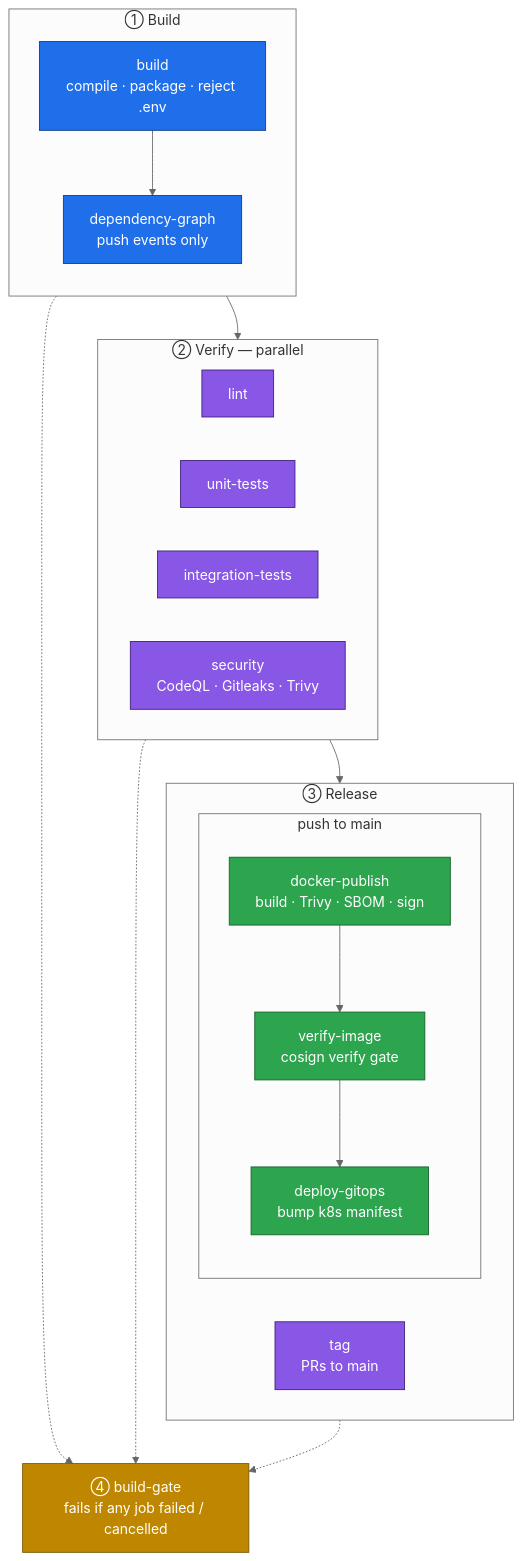
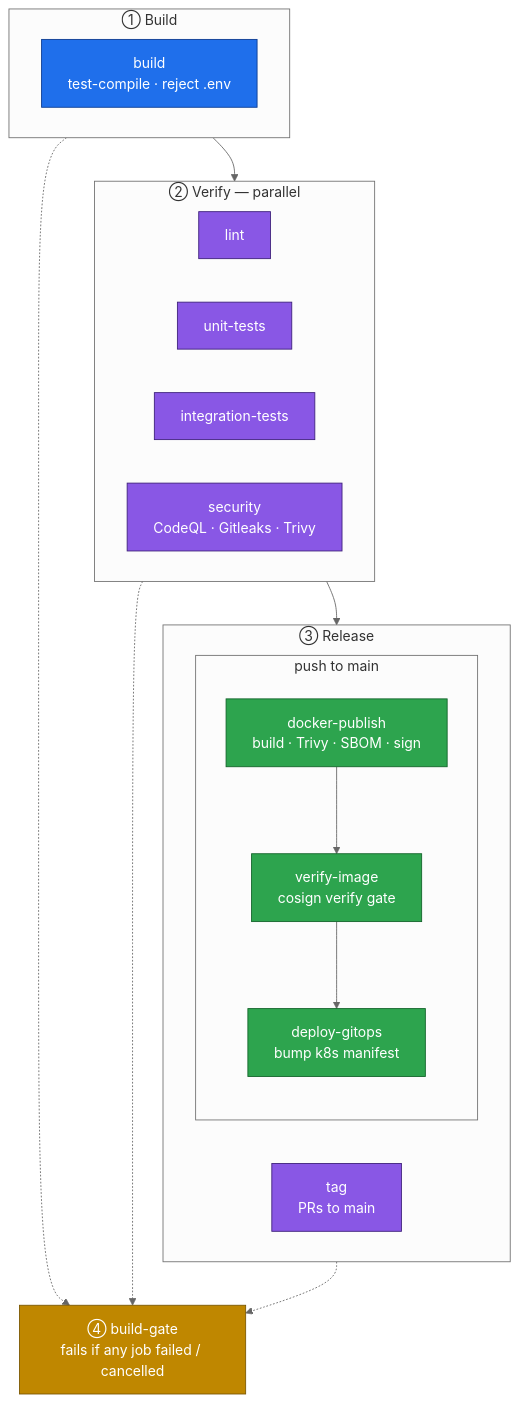
One commit to Bigorno12/ci-cd-templates changed the diagram in README.md. Above: the diagram before and after it, drawn with Mermaid (neutral theme). The commit also changed other lines of this file and 8 other files, not shown here.

````diff
--- a/README.md
+++ b/README.md
@@ -53,47 +53,44 @@
 ```mermaid
 flowchart TD
     subgraph s1["① Build"]
-        direction TB
-        B["build<br/>compile · package · reject .env"]
-        DG["dependency-graph<br/>push events only"]
-        B --> DG
+        B["build<br/>test-compile · reject .env"]
     end
 
     subgraph s2["② Verify — parallel"]
         direction LR
         L["lint"]
         U["unit-tests"]
         I["integration-tests"]
         SEC["security<br/>CodeQL · Gitleaks · Trivy"]
     end
 
     subgraph s3["③ Release"]
         direction LR
         T["tag<br/>PRs to main"]
         subgraph s3b["push to main"]
             direction TB
             D["docker-publish<br/>build · Trivy · SBOM · sign"]
             V["verify-image<br/>cosign verify gate"]
             G["deploy-gitops<br/>bump k8s manifest"]
             D --> V --> G
         end
     end
 
     GATE["④ build-gate<br/>fails if any job failed / cancelled"]
 
     s1 --> s2
     s2 --> s3
     s1 -.-> GATE
     s2 -.-> GATE
     s3 -.-> GATE
 
     classDef build  fill:#1f6feb,stroke:#0b3a8f,color:#fff;
     classDef verify fill:#8957e5,stroke:#3d1f7a,color:#fff;
     classDef supply fill:#2da44e,stroke:#116329,color:#fff;
     classDef gate   fill:#bf8700,stroke:#7a5600,color:#fff;
 
     class B,DG build;
     class L,U,I,SEC,T verify;
     class D,V,G supply;
     class GATE gate;
 ```
````
